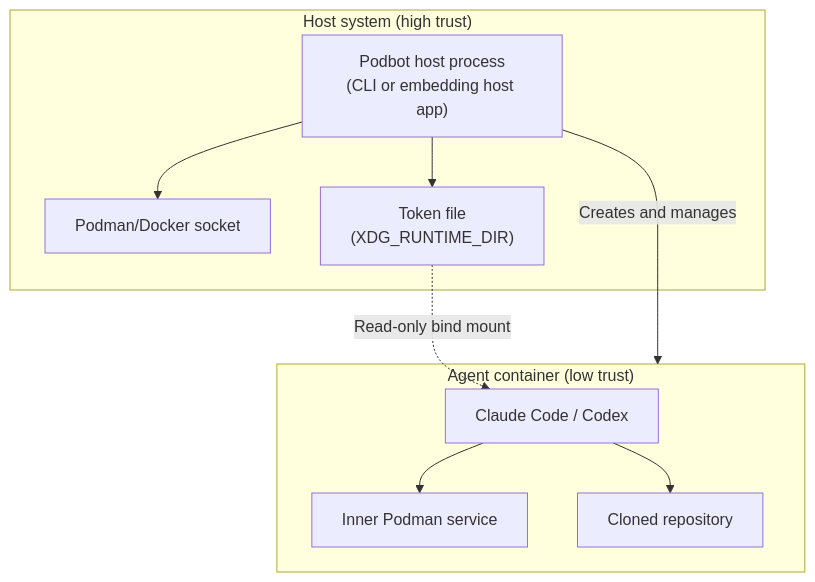
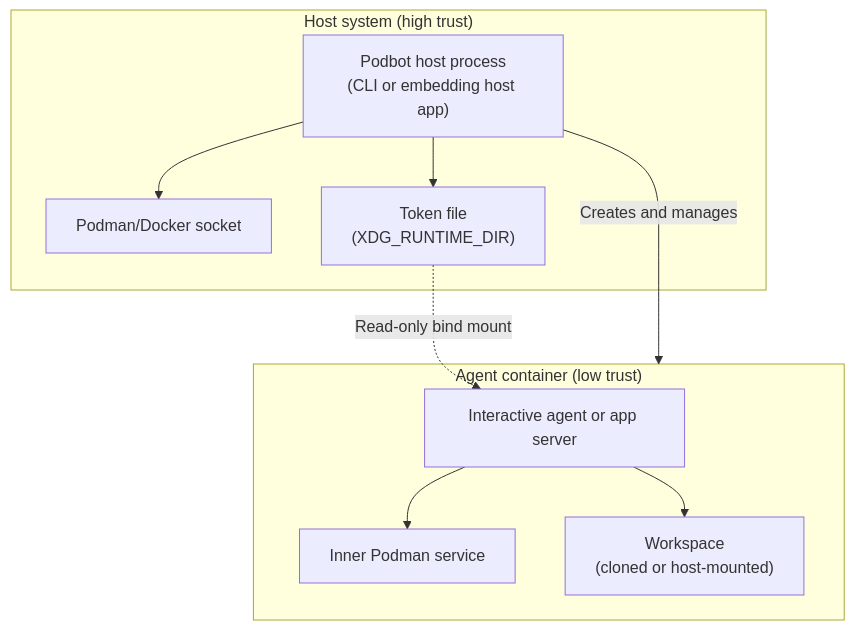
Before and after one commit to leynos/podbot: the first of 3 diagrams in docs/podbot-design.md, drawn with Mermaid. The commit also changed other lines of this file and 1 other file, not shown here.

First line of the commit message:
Document app server hosting design and roadmap (#49)

````diff
--- a/docs/podbot-design.md
+++ b/docs/podbot-design.md
@@ -24,21 +25,21 @@
 ```mermaid
 flowchart TB
     subgraph Host["Host system (high trust)"]
         CLI["Podbot host process<br/>(CLI or embedding host app)"]
         Socket["Podman/Docker socket"]
         TokenFile["Token file<br/>(XDG_RUNTIME_DIR)"]
         CLI --> Socket
         CLI --> TokenFile
     end
 
     subgraph Sandbox["Agent container (low trust)"]
-        Agent["Claude Code / Codex"]
+        Agent["Interactive agent or app server"]
         InnerPodman["Inner Podman service"]
-        Repo["Cloned repository"]
+        Repo["Workspace<br/>(cloned or host-mounted)"]
         Agent --> InnerPodman
         Agent --> Repo
     end
 
     CLI -->|"Creates and manages"| Sandbox
     TokenFile -.->|"Read-only bind mount"| Agent
 ```
````
